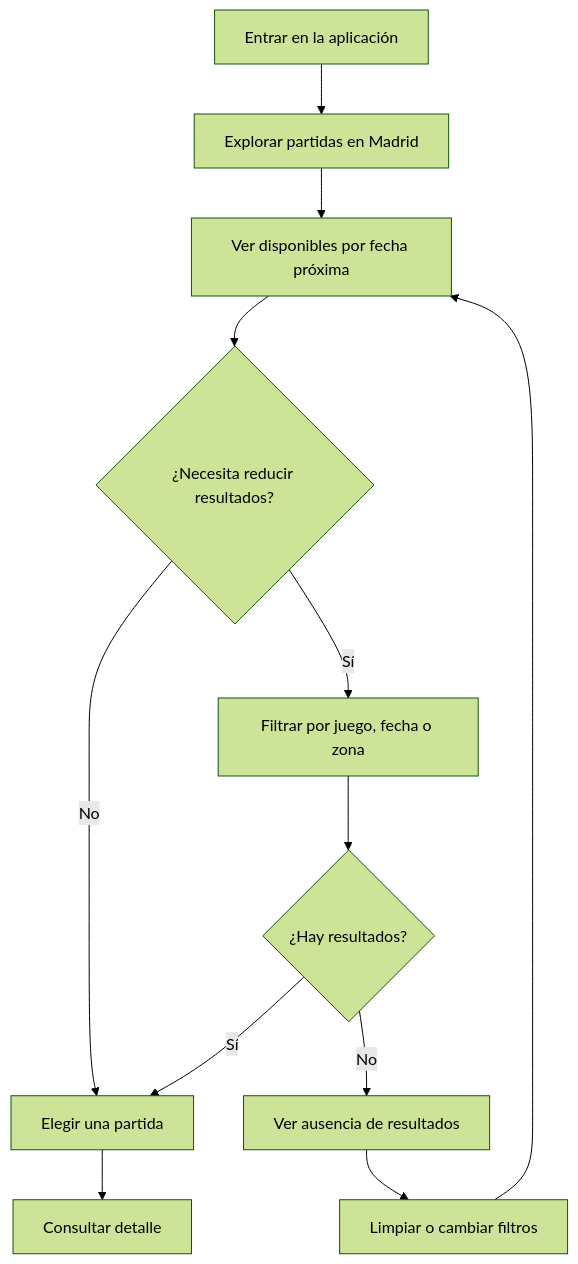
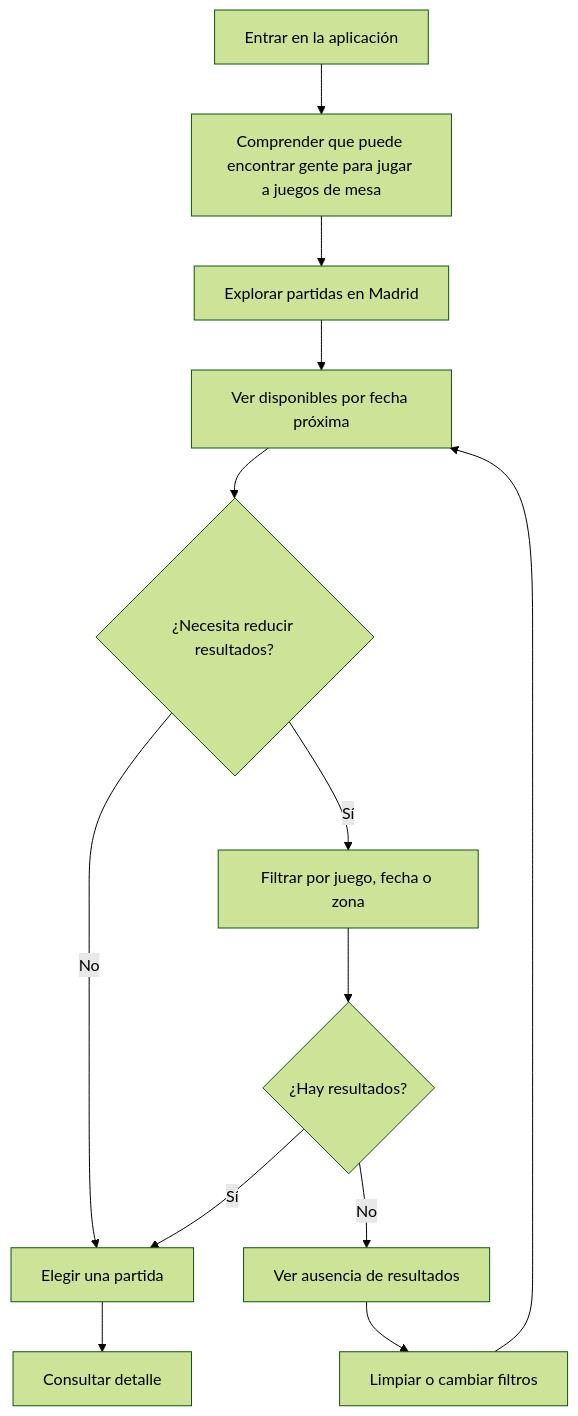
Before and after one commit to ChristianSalto/app-boardgames: the first of 7 diagrams in docs/USER_FLOWS.md, drawn with Mermaid (forest theme). The commit also changed other lines of this file and 38 other files, not shown here.

Commit message:
docs: complete phase 4 architecture baseline

````diff
--- a/docs/USER_FLOWS.md
+++ b/docs/USER_FLOWS.md
@@ -19,14 +19,15 @@
 ```mermaid
 flowchart TD
-    A[Entrar en la aplicación] --> B[Explorar partidas en Madrid]
+    A[Entrar en la aplicación] --> V[Comprender que puede encontrar gente para jugar a juegos de mesa]
+    V --> B[Explorar partidas en Madrid]
     B --> C[Ver disponibles por fecha próxima]
     C --> D{¿Necesita reducir resultados?}
     D -- No --> E[Elegir una partida]
     D -- Sí --> F[Filtrar por juego, fecha o zona]
     F --> G{¿Hay resultados?}
     G -- Sí --> E
     G -- No --> H[Ver ausencia de resultados]
     H --> I[Limpiar o cambiar filtros]
     I --> C
     E --> J[Consultar detalle]
 ```
````
